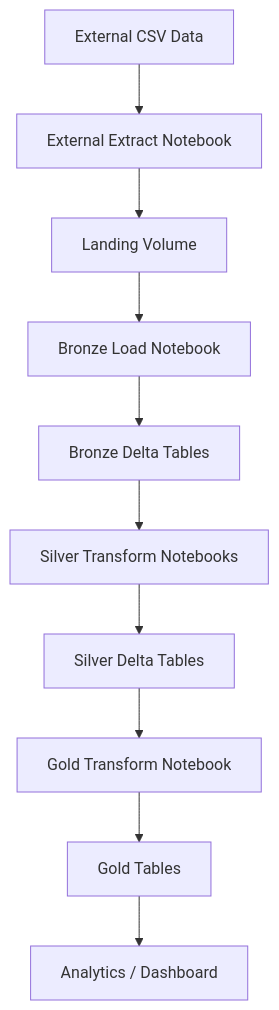
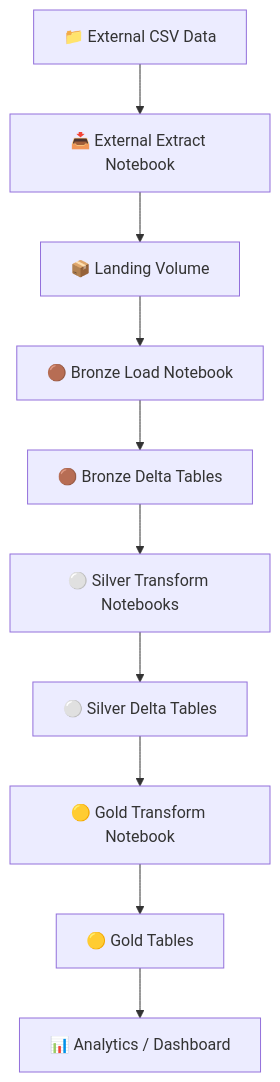
One commit to sophonsim/readcsvdata changed the second of 2 diagrams in README.md. Above: the diagram before and after it, drawn with Mermaid. The commit also changed other lines of this file, not shown here.

````diff
--- a/README.md
+++ b/README.md
@@ -47,18 +47,18 @@
 ```mermaid
 flowchart TD
 
-A[External CSV Data] --> B[External Extract Notebook]
+A[📁 External CSV Data] --> B[📥 External Extract Notebook]
 
-B --> C[Landing Volume]
+B --> C[📦 Landing Volume]
 
-C --> D[Bronze Load Notebook]
-D --> E[Bronze Delta Tables]
+C --> D[🟤 Bronze Load Notebook]
+D --> E[🟤 Bronze Delta Tables]
 
-E --> F[Silver Transform Notebooks]
-F --> G[Silver Delta Tables]
+E --> F[⚪ Silver Transform Notebooks]
+F --> G[⚪ Silver Delta Tables]
 
-G --> H[Gold Transform Notebook]
-H --> I[Gold Tables]
+G --> H[🟡 Gold Transform Notebook]
+H --> I[🟡 Gold Tables]
 
-I --> J[Analytics / Dashboard]
+I --> J[📊 Analytics / Dashboard]
 ```
````
